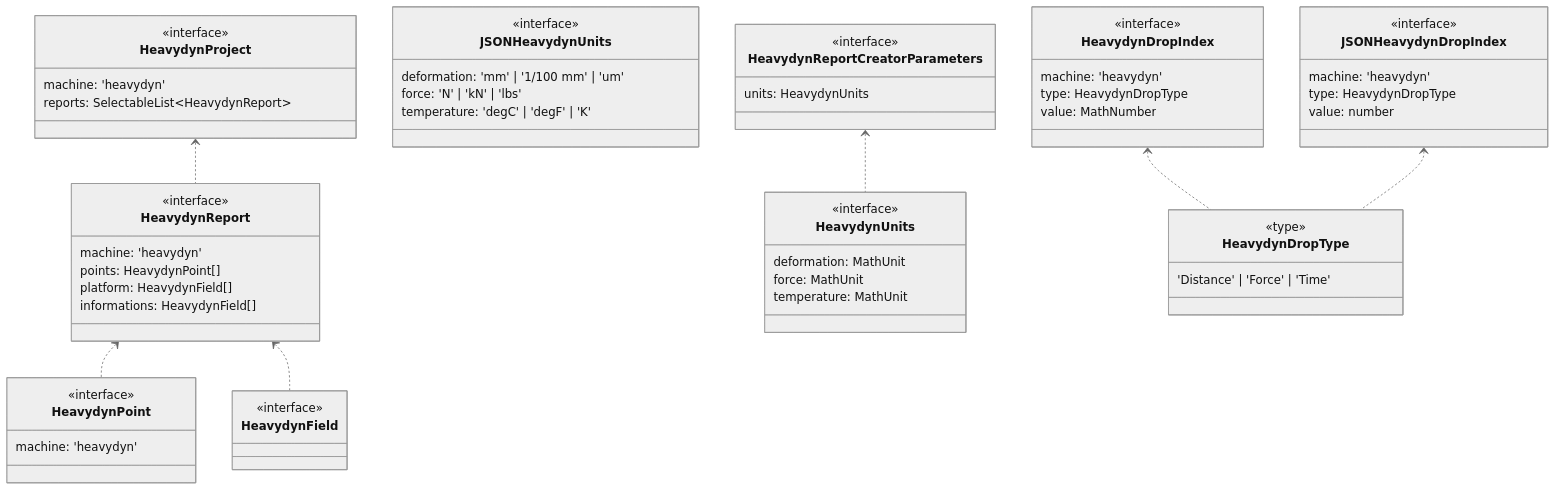
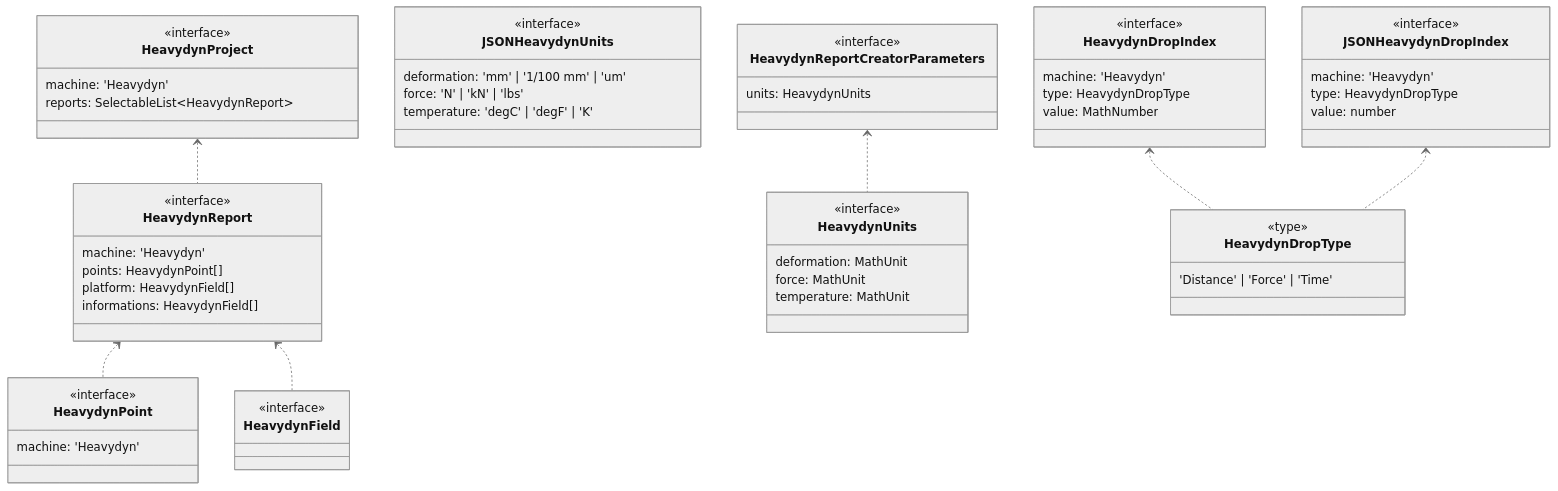
One commit to gawlk/mapview changed the diagram in docs/mermaid/onlyHeavydyn/types.mmd. Above: the diagram before and after it, drawn with Mermaid (neutral theme). The commit also changed 131 other files, not shown here.

```diff
--- a/docs/mermaid/onlyHeavydyn/types.mmd
+++ b/docs/mermaid/onlyHeavydyn/types.mmd
@@ -1,82 +1,82 @@
 classDiagram
 class HeavydynField {
   <<interface>>
 
 }
 
 
 
 class HeavydynPoint {
   <<interface>>
-  machine: 'heavydyn'
+  machine: 'Heavydyn'
 }
 
 
 
 class HeavydynProject {
   <<interface>>
-  machine: 'heavydyn'
+  machine: 'Heavydyn'
   reports: SelectableList#60;HeavydynReport#62;
 }
 HeavydynProject <.. HeavydynReport
 
 
 class HeavydynUnits {
   <<interface>>
   deformation: MathUnit
   force: MathUnit
   temperature: MathUnit
 }
 
 
 
 class JSONHeavydynUnits {
   <<interface>>
   deformation: 'mm' | '1/100 mm' | 'um'
   force: 'N' | 'kN' | 'lbs'
   temperature: 'degC' | 'degF' | 'K'
 }
 
 
 
 class HeavydynReport {
   <<interface>>
-  machine: 'heavydyn'
+  machine: 'Heavydyn'
   points: HeavydynPoint[]
   platform: HeavydynField[]
   informations: HeavydynField[]
 }
 HeavydynReport <.. HeavydynPoint
 HeavydynReport <.. HeavydynField
 
 
 class HeavydynReportCreatorParameters {
   <<interface>>
   units: HeavydynUnits
 }
 HeavydynReportCreatorParameters <.. HeavydynUnits
 
 
 class HeavydynDropType {
   <<type>>
   'Distance' | 'Force' | 'Time'
 }
 
 
 
 class HeavydynDropIndex {
   <<interface>>
-  machine: 'heavydyn'
+  machine: 'Heavydyn'
   type: HeavydynDropType
   value: MathNumber
 }
 HeavydynDropIndex <.. HeavydynDropType
 
 
 class JSONHeavydynDropIndex {
   <<interface>>
-  machine: 'heavydyn'
+  machine: 'Heavydyn'
   type: HeavydynDropType
   value: number
 }
 JSONHeavydynDropIndex <.. HeavydynDropType
```
